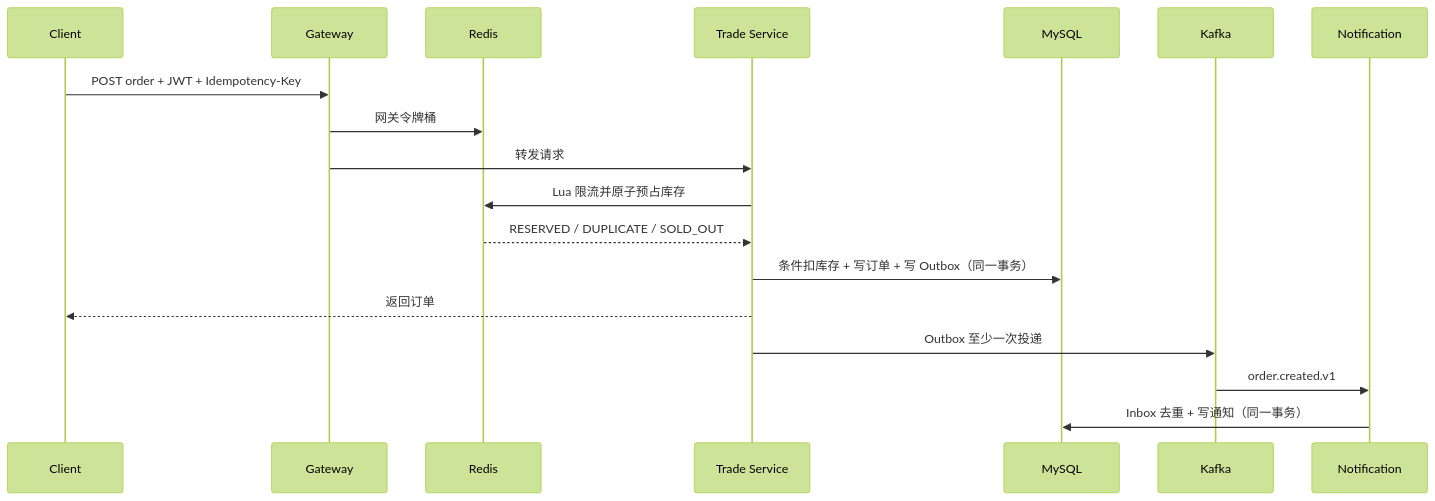
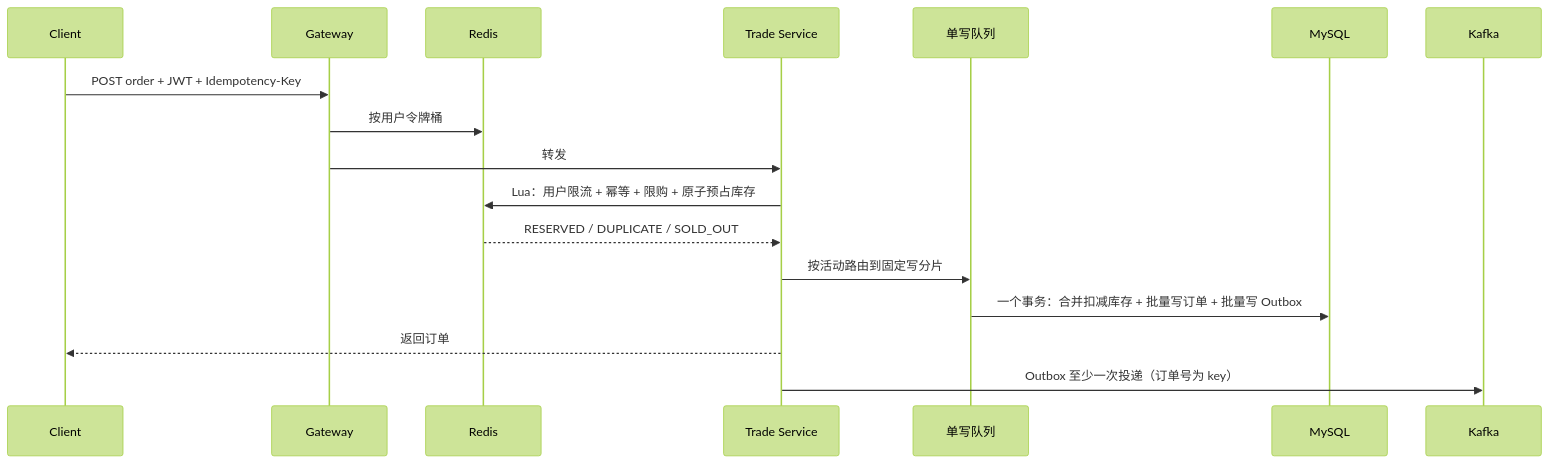
One commit to HHqm/FlashFlow changed the second of 2 diagrams in README.md. Above: the diagram before and after it, drawn with Mermaid (forest theme). The commit also changed other lines of this file and 7 other files, not shown here.

````diff
--- a/README.md
+++ b/README.md
@@ -178,21 +67,20 @@
 ```mermaid
 sequenceDiagram
     participant C as Client
     participant G as Gateway
     participant R as Redis
     participant T as Trade Service
+    participant W as 单写队列
     participant M as MySQL
     participant K as Kafka
-    participant N as Notification
 
     C->>G: POST order + JWT + Idempotency-Key
-    G->>R: 网关令牌桶
-    G->>T: 转发请求
-    T->>R: Lua 限流并原子预占库存
+    G->>R: 按用户令牌桶
+    G->>T: 转发
+    T->>R: Lua：用户限流 + 幂等 + 限购 + 原子预占库存
     R-->>T: RESERVED / DUPLICATE / SOLD_OUT
-    T->>M: 条件扣库存 + 写订单 + 写 Outbox（同一事务）
+    T->>W: 按活动路由到固定写分片
+    W->>M: 一个事务：合并扣减库存 + 批量写订单 + 批量写 Outbox
     T-->>C: 返回订单
-    T->>K: Outbox 至少一次投递
-    K->>N: order.created.v1
-    N->>M: Inbox 去重 + 写通知（同一事务）
+    T->>K: Outbox 至少一次投递（订单号为 key）
 ```
````
